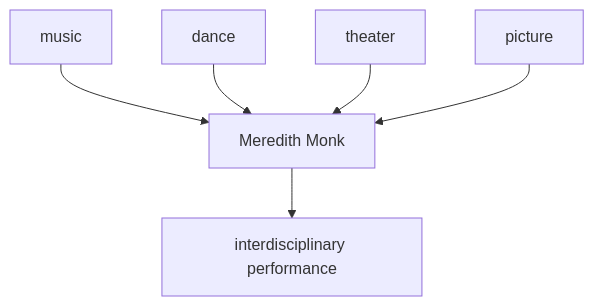
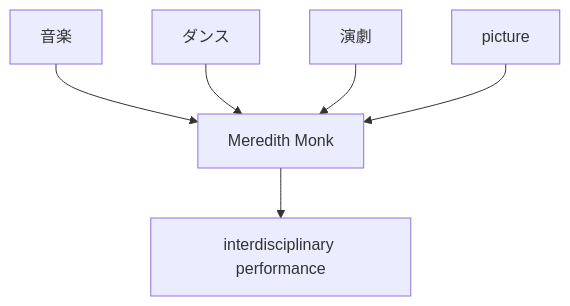
One commit to monumental-movement/monumental-movement.github.io changed the first of 5 diagrams in en/_posts/2026-05-30-column-meredith-monk.md. Above: the diagram before and after it, drawn with Mermaid. The commit also changed other lines of this file and 2196 other files, not shown here.

```diff
--- a/en/_posts/2026-05-30-column-meredith-monk.md
+++ b/en/_posts/2026-05-30-column-meredith-monk.md
@@ -86,8 +86,8 @@
 <div class="mermaid">
 graph TD
-A[music] --> E[Meredith Monk]
-B[dance] --> E
-C[theater] --> E
+A[音楽] --> E[Meredith Monk]
+B[ダンス] --> E
+C[演劇] --> E
 D[picture] --> E
 E --> F[interdisciplinary performance]
 </div>
```
